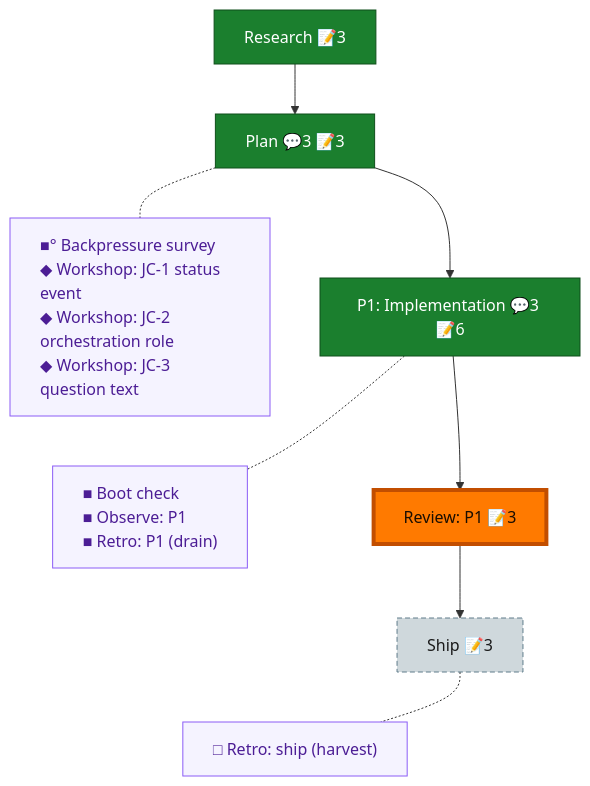
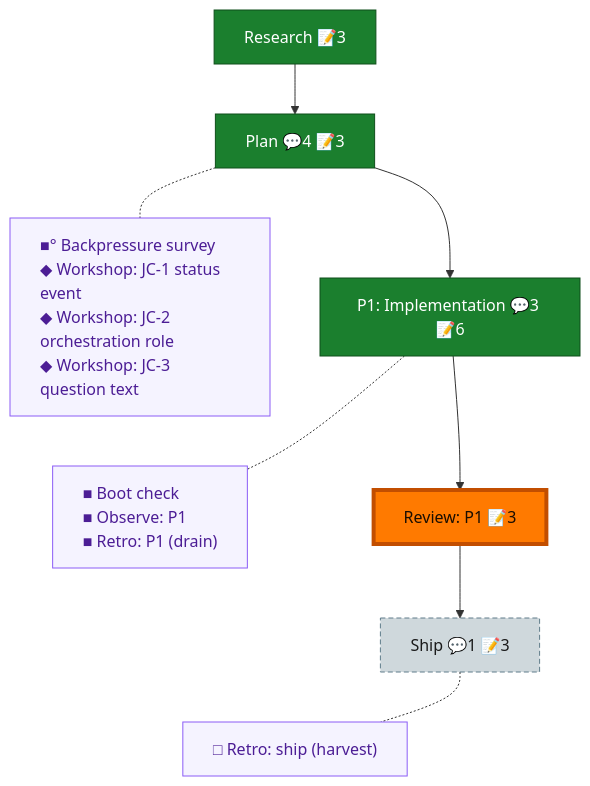
Before and after one commit to AI-Substrate/chainglass: the diagram in docs/plans/090-pij-rail-v2/the-flow.md, drawn with Mermaid. The commit also changed other lines of this file and 4 other files, not shown here.

First line of the commit message:
docs(pij-rail): post-ship workshop amendments and plan follow-ups

````diff
--- a/docs/plans/090-pij-rail-v2/the-flow.md
+++ b/docs/plans/090-pij-rail-v2/the-flow.md
@@ -8,28 +8,28 @@
 ```mermaid
 flowchart TD
     research["Research 📝3"]:::done
-    plan["Plan 💬3 📝3"]:::done
+    plan["Plan 💬4 📝3"]:::done
     phase_1["P1: Implementation 💬3 📝6"]:::done
     review_1["Review: P1 📝3"]:::done
-    ship["Ship 📝3"]:::assumed
+    ship["Ship 💬1 📝3"]:::assumed
 
     research --> plan --> phase_1 --> review_1 --> ship
 
     planC["■° Backpressure survey<br/>◆ Workshop: JC-1 status event<br/>◆ Workshop: JC-2 orchestration role<br/>◆ Workshop: JC-3 question text"]:::chore
     phase_1C["■ Boot check<br/>■ Observe: P1<br/>■ Retro: P1 (drain)"]:::chore
     shipC["□ Retro: ship (harvest)"]:::chore
 
     %% invisible chain holds the gutter boxes in their own column
     planC ~~~ phase_1C ~~~ shipC
 
     %% dotted links pull each gutter box beside its node
     plan -.- planC
     phase_1 -.- phase_1C
     ship -.- shipC
 
     classDef done fill:#1B7F2E,stroke:#0F4F1B,color:#fff;
     classDef assumed fill:#CFD8DC,stroke:#607D8B,color:#1a1a1a,stroke-dasharray:5 3;
     classDef chore fill:#f5f3ff,stroke:#8b5cf6,color:#4c1d95,text-align:left;
     classDef current fill:#FF7A00,stroke:#C24E00,color:#1a0e00,stroke-width:4px;
     class review_1 current;
 ```
````
